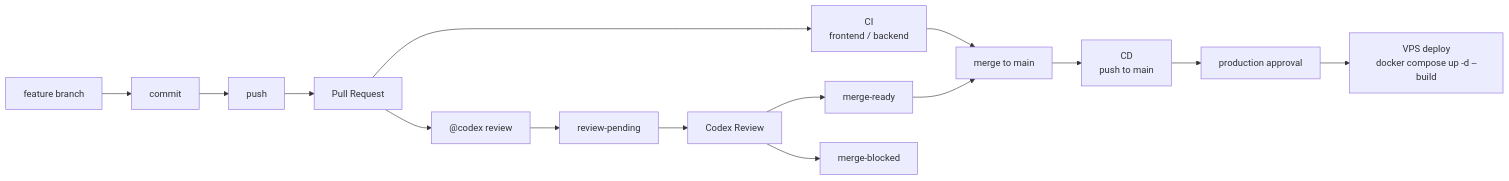
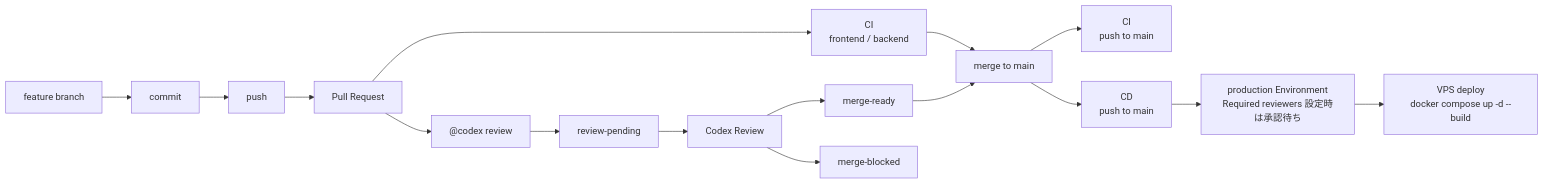
Before and after one commit to shin-arita/gotalk: the diagram in docs/ci-cd.md, drawn with Mermaid. The commit also changed other lines of this file and 12 other files, not shown here.

````diff
--- a/docs/ci-cd.md
+++ b/docs/ci-cd.md
@@ -15,17 +15,18 @@
 ```mermaid
 flowchart LR
   Feature[feature branch] --> Commit[commit]
   Commit --> Push[push]
   Push --> PR[Pull Request]
   PR --> CI[CI<br/>frontend / backend]
   PR --> ReviewRequest["@codex review"]
   ReviewRequest --> ReviewPending[review-pending]
   ReviewPending --> Codex[Codex Review]
   Codex --> Ready[merge-ready]
   Codex --> Blocked[merge-blocked]
   Ready --> Merge[merge to main]
   CI --> Merge
+  Merge --> CIMain[CI<br/>push to main]
   Merge --> CD[CD<br/>push to main]
-  CD --> Approval[production approval]
+  CD --> Approval[production Environment<br/>Required reviewers 設定時は承認待ち]
   Approval --> VPS[VPS deploy<br/>docker compose up -d --build]
 ```
````
